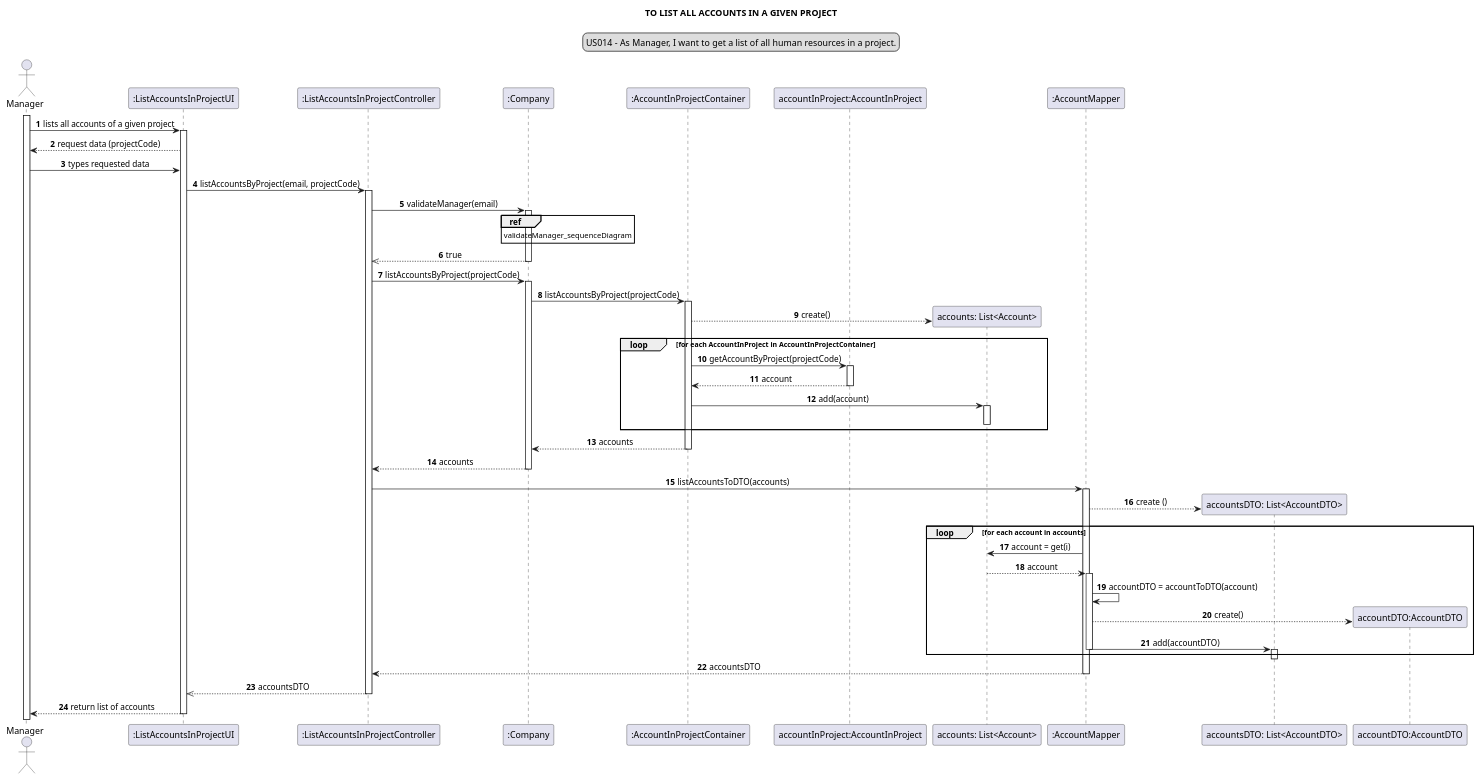
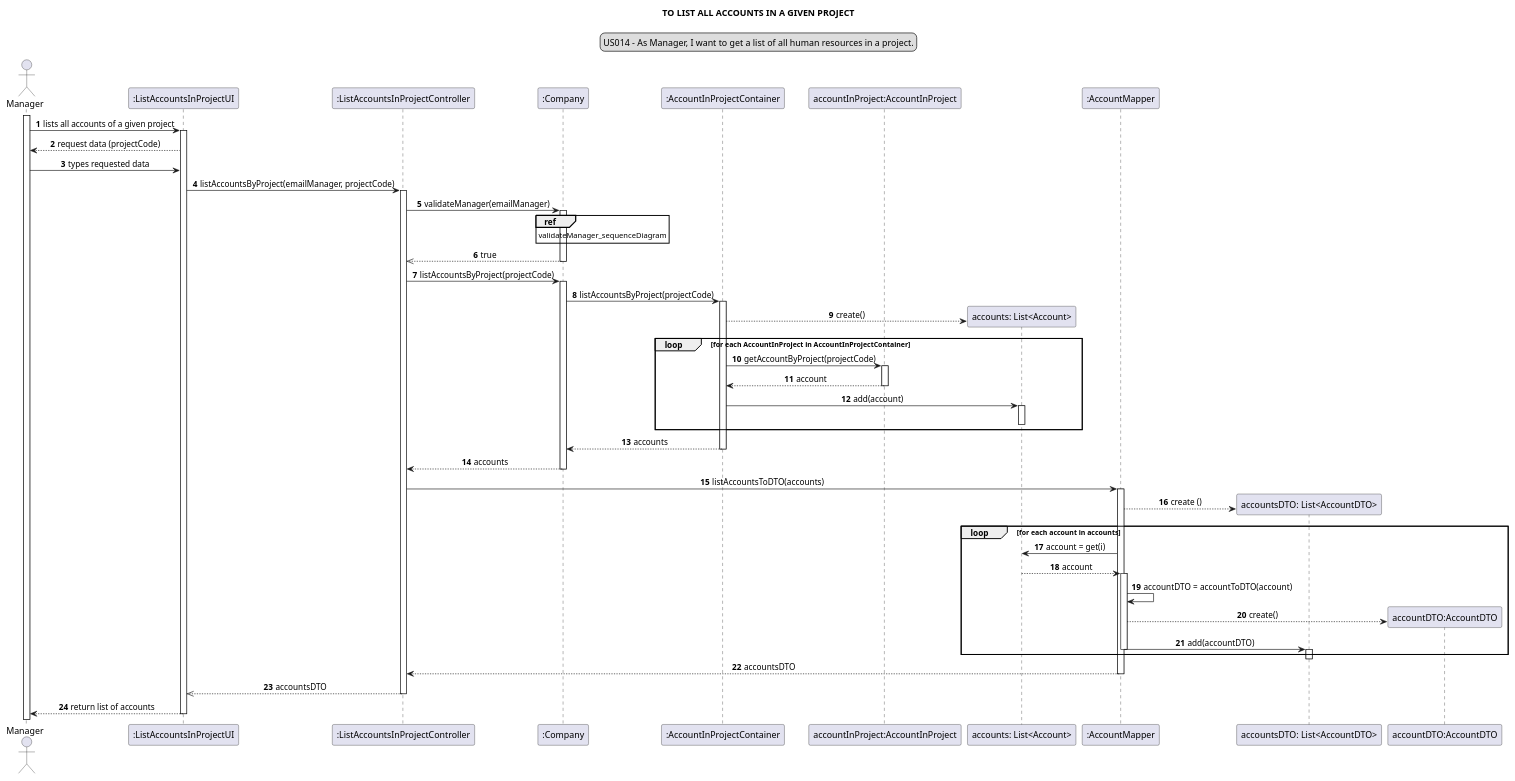
The diagram in docs/modelling_design/user_stories/sprint02/us014/US014_sequenceDiagram.puml (Loracline/project_switch_22-23), drawn with PlantUML before and after one commit. The commit also changed 3 other files, not shown here.

First line of the commit message:
US 014 : Development : Refinement of class ListAccountsInProjectController and ListAccountsInProjectControllerTest.

```diff
--- a/docs/modelling_design/user_stories/sprint02/us014/US014_sequenceDiagram.puml
+++ b/docs/modelling_design/user_stories/sprint02/us014/US014_sequenceDiagram.puml
@@ -1,71 +1,71 @@
 @startuml
 skinparam sequenceMessageAlign center
 title TO LIST ALL ACCOUNTS IN A GIVEN PROJECT
 legend top
 US014 - As Manager, I want to get a list of all human resources in a project.
 end legend
 autonumber
 actor Manager
 participant ":ListAccountsInProjectUI" as ui
 participant ":ListAccountsInProjectController" as controller
 participant ":Company" as company
 participant ":AccountInProjectContainer" as aipc
 participant "accountInProject:AccountInProject" as aip
 participant "accounts: List<Account>" as list
 participant ":AccountMapper" as mapper
 participant "accountsDTO: List<AccountDTO>" as listDTO
 participant "accountDTO:AccountDTO" as DTO
 activate Manager
 Manager -> ui: lists all accounts of a given project
 activate ui
 ui --> Manager: request data (projectCode)
 Manager -> ui: types requested data
-ui -> controller: listAccountsByProject(email, projectCode)
+ui -> controller: listAccountsByProject(emailManager, projectCode)
 activate controller
-controller -> company: validateManager(email)
+controller -> company: validateManager(emailManager)
 activate company
 ref over company: validateManager_sequenceDiagram
 company -->> controller: true
 deactivate company
 controller -> company: listAccountsByProject(projectCode)
 activate company
 company -> aipc: listAccountsByProject(projectCode)
 activate aipc
 create list
 aipc --> list :create()
 loop for each AccountInProject in AccountInProjectContainer
 aipc -> aip : getAccountByProject(projectCode)
 activate aip
 aip --> aipc : account
 deactivate aip
 aipc -> list : add(account)
 activate list
 deactivate list
 end loop
 aipc --> company : accounts
 deactivate aipc
 company --> controller: accounts
 deactivate company
 controller -> mapper: listAccountsToDTO(accounts)
 activate mapper
 create listDTO
 mapper --> listDTO: create ()
 loop for each account in accounts
 mapper -> list: account = get(i)
 list --> mapper: account
 activate mapper
 mapper -> mapper : accountDTO = accountToDTO(account)
 create DTO
 mapper --> DTO : create()
 mapper ->listDTO :add(accountDTO)
 deactivate mapper
 activate listDTO
 end loop
 deactivate listDTO
 mapper --> controller :accountsDTO
 deactivate mapper
 controller -->> ui: accountsDTO
 deactivate controller
 ui --> Manager: return list of accounts
 deactivate ui
 @enduml
```
